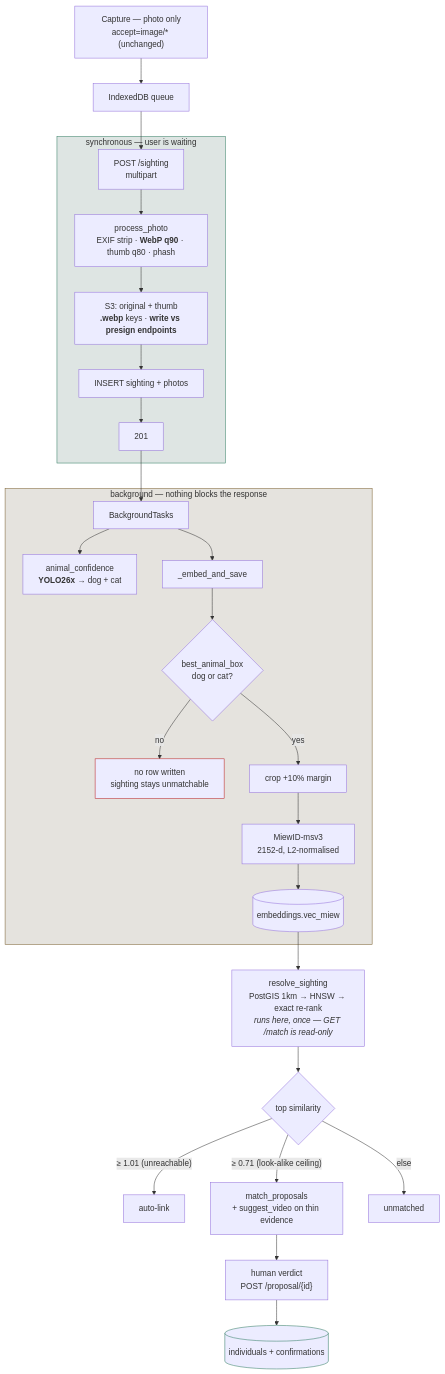
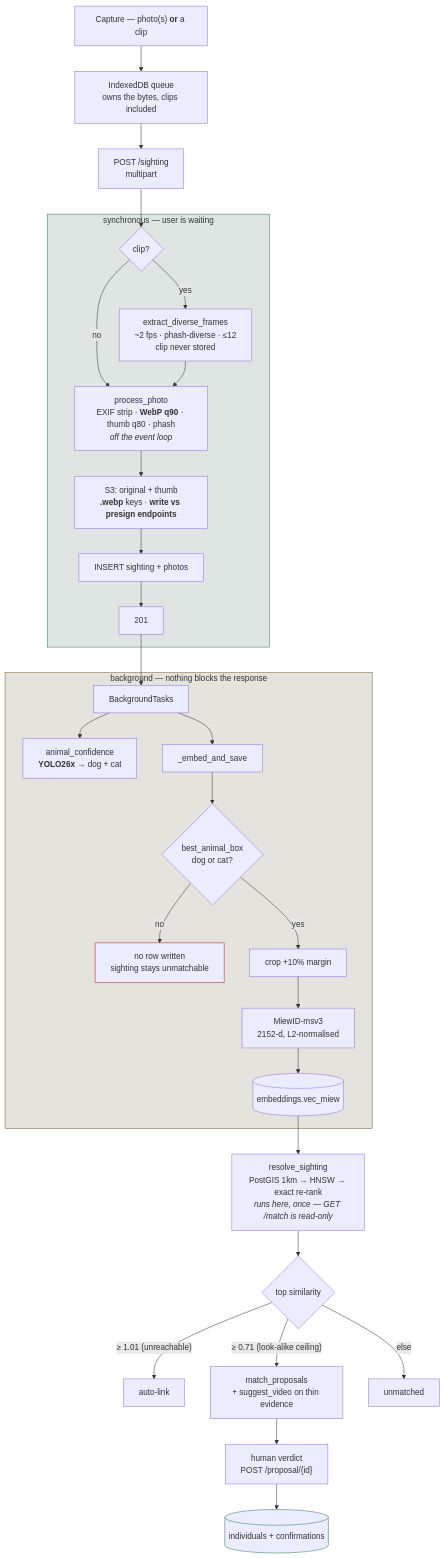
One commit to namma-indies/app changed the second of 2 diagrams in docs/WORKFLOW.md. Above: the diagram before and after it, drawn with Mermaid. The commit also changed other lines of this file, not shown here.

Commit message:
docs: WORKFLOW.md still described capture as photo-only after video landed
The diagram and the stage table both said accept=image/* was unchanged and
pointed at PR #3 as unmerged, which stopped being true when its commits were
cherry-picked. Adds the clip branch, notes that the queue owns clip bytes too,
and marks process_photo as running off the event loop.

Claude-Session: https://claude.ai/code/session_01GvE8z9PGf1honU2fup2NbR

````diff
--- a/docs/WORKFLOW.md
+++ b/docs/WORKFLOW.md
@@ -43,37 +43,40 @@
 ```mermaid
 flowchart TD
-    A["Capture — photo only<br/>accept=image/* (unchanged)"] --> B["IndexedDB queue"]
+    A["Capture — photo(s) <b>or</b> a clip"] --> B["IndexedDB queue<br/>owns the bytes, clips included"]
     B --> C["POST /sighting<br/>multipart"]
+    C --> C2{"clip?"}
+    C2 -- yes --> C3["extract_diverse_frames<br/>~2 fps · phash-diverse · ≤12<br/>clip never stored"]
 
     subgraph SYNC["synchronous — user is waiting"]
-        C --> D["process_photo<br/>EXIF strip · <b>WebP q90</b> · thumb q80 · phash"]
+        C2 -- no --> D
+        C3 --> D["process_photo<br/>EXIF strip · <b>WebP q90</b> · thumb q80 · phash<br/><i>off the event loop</i>"]
         D --> E["S3: original + thumb<br/><b>.webp</b> keys · <b>write vs presign endpoints</b>"]
         E --> F["INSERT sighting + photos"]
         F --> G["201"]
     end
 
     G --> H["BackgroundTasks"]
 
     subgraph BG["background — nothing blocks the response"]
         H --> I["animal_confidence<br/><b>YOLO26x</b> → dog + cat"]
         H --> J["_embed_and_save"]
         J --> K{"best_animal_box<br/>dog or cat?"}
         K -- no --> L["no row written<br/>sighting stays unmatchable"]
         K -- yes --> M["crop +10% margin"]
         M --> N["MiewID-msv3<br/>2152-d, L2-normalised"]
         N --> O[("embeddings.vec_miew")]
     end
 
     O --> P["resolve_sighting<br/>PostGIS 1km → HNSW → exact re-rank<br/><i>runs here, once — GET /match is read-only</i>"]
     P --> Q{"top similarity"}
     Q -- "≥ 1.01 (unreachable)" --> R["auto-link"]
     Q -- "≥ 0.71 (look-alike ceiling)" --> S["match_proposals<br/>+ suggest_video on thin evidence"]
     Q -- else --> T["unmatched"]
     S --> U["human verdict<br/>POST /proposal/{id}"]
     U --> V[("individuals + confirmations")]
 
     style SYNC fill:#0b3d2e22,stroke:#2d7a5f
     style BG fill:#3d2e0b22,stroke:#7a5f2d
     style L stroke:#b91c1c
     style V stroke:#2d7a5f
 ```
````
